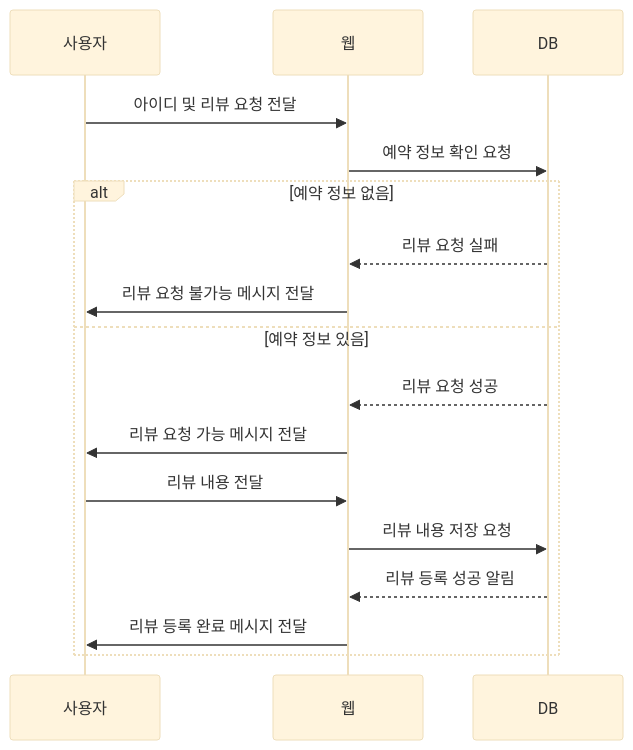
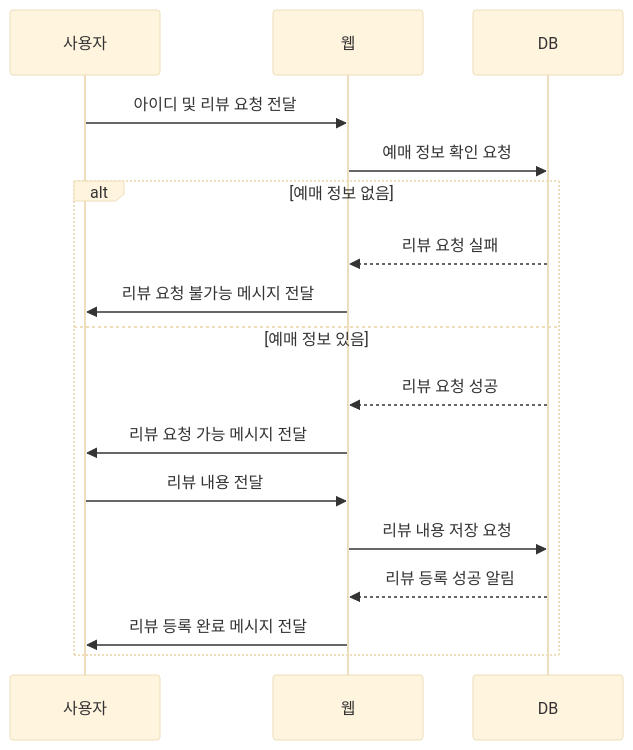
Before and after one commit to sumin2eee/NBE2_2_Team6: the sixth of 6 diagrams in README.md, drawn with Mermaid (base theme).

````diff
--- a/README.md
+++ b/README.md
@@ -100,21 +100,21 @@
 ```mermaid
 sequenceDiagram
     participant User as 사용자
     participant WebApp as 웹
     participant DB as DB
 
     User ->> WebApp: 아이디 및 리뷰 요청 전달
-    WebApp ->> DB: 예약 정보 확인 요청
-    alt 예약 정보 없음
+    WebApp ->> DB: 예매 정보 확인 요청
+    alt 예매 정보 없음
         DB -->> WebApp: 리뷰 요청 실패
         WebApp ->> User: 리뷰 요청 불가능 메시지 전달
-    else 예약 정보 있음
+    else 예매 정보 있음
         DB -->> WebApp: 리뷰 요청 성공
         WebApp ->> User: 리뷰 요청 가능 메시지 전달
         
         User ->> WebApp: 리뷰 내용 전달
         WebApp ->> DB: 리뷰 내용 저장 요청
         DB -->> WebApp: 리뷰 등록 성공 알림
         WebApp ->> User: 리뷰 등록 완료 메시지 전달
     end
 ```
````
